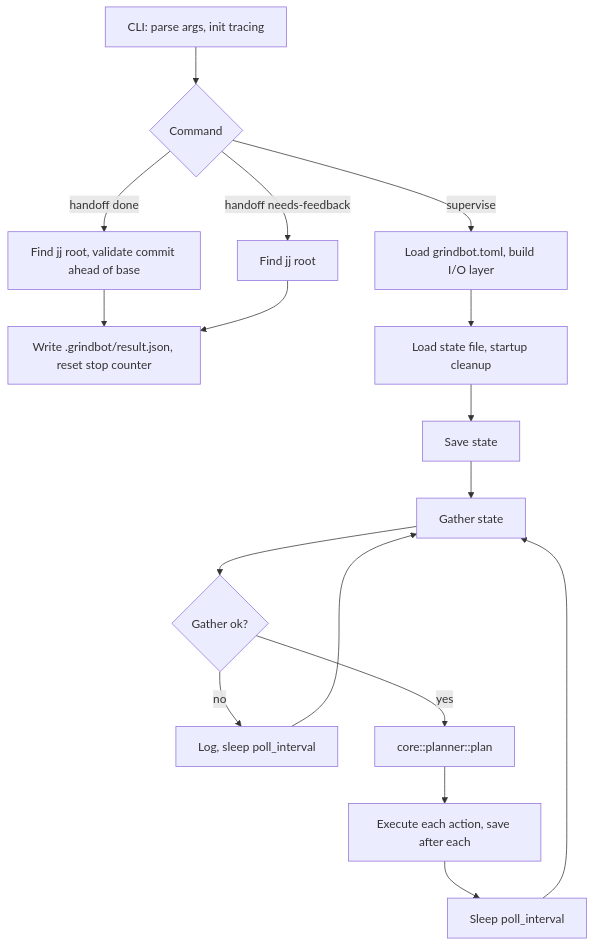
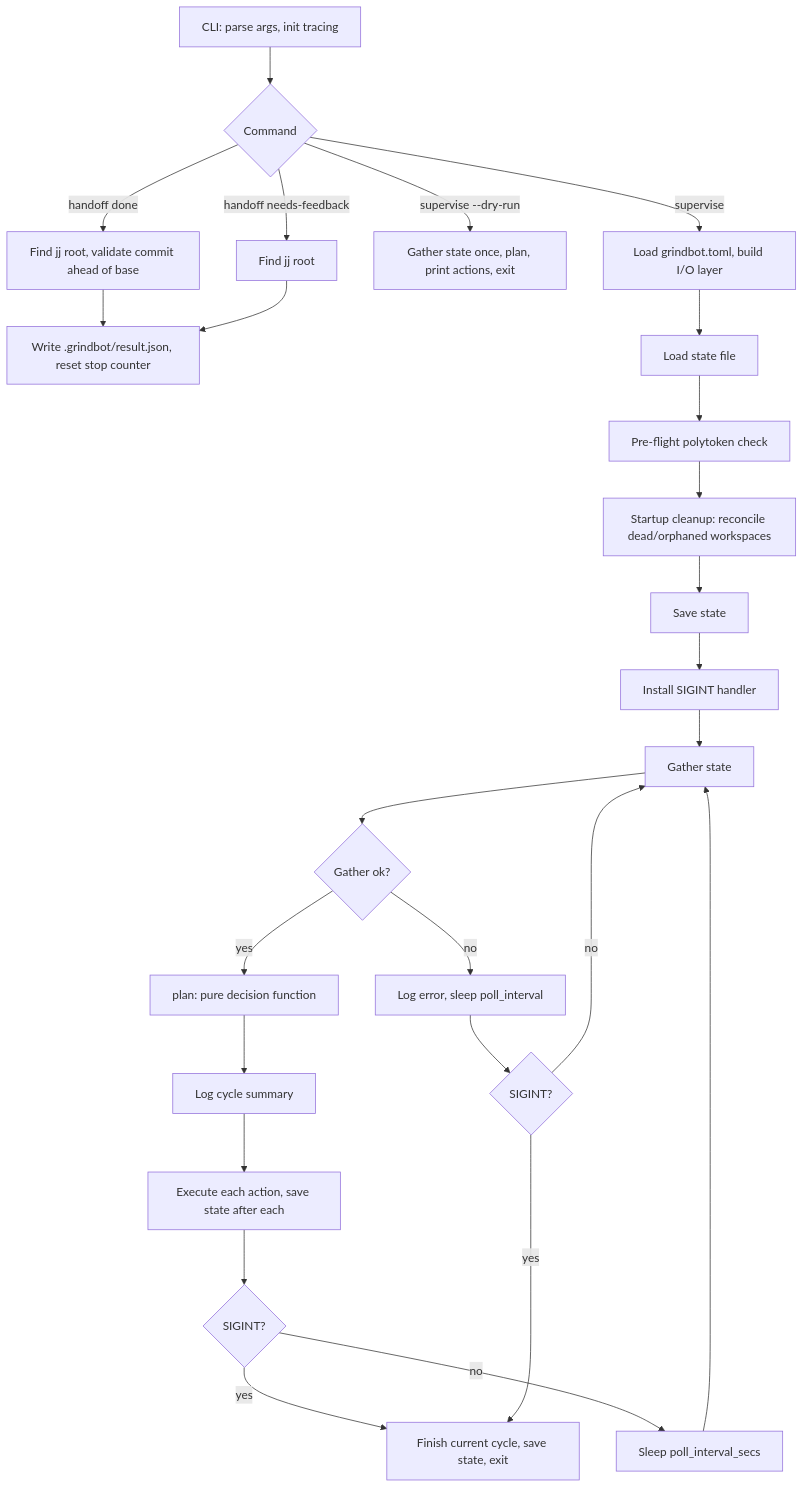
The first of 2 diagrams in CORE_LOOP.md (TimoFreiberg/grindbot), drawn with Mermaid before and after one commit. The commit also changed other lines of this file and 9 other files, not shown here.

````diff
--- a/CORE_LOOP.md
+++ b/CORE_LOOP.md
@@ -7,19 +7,28 @@
 ```mermaid
 flowchart TD
     A[CLI: parse args, init tracing] --> B{Command}
     B -->|handoff done| HD[Find jj root, validate commit ahead of base]
     B -->|handoff needs-feedback| HF[Find jj root]
     HD --> R[Write .grindbot/result.json, reset stop counter]
     HF --> R
+    B -->|supervise --dry-run| DR[Gather state once, plan, print actions, exit]
     B -->|supervise| C[Load grindbot.toml, build I/O layer]
-    C --> D[Load state file, startup cleanup]
-    D --> E[Save state]
-    E --> H[Gather state]
+    C --> D[Load state file]
+    D --> PC[Pre-flight polytoken check]
+    PC --> SC[Startup cleanup: reconcile dead/orphaned workspaces]
+    SC --> SV[Save state]
+    SV --> SIG[Install SIGINT handler]
+    SIG --> H[Gather state]
     H --> I{Gather ok?}
-    I -->|no| W[Log, sleep poll_interval]
-    W --> H
-    I -->|yes| P[core::planner::plan]
-    P --> X[Execute each action, save after each]
-    X --> T[Sleep poll_interval]
-    T --> H
+    I -->|no| W[Log error, sleep poll_interval]
+    W --> SIG2{SIGINT?}
+    SIG2 -->|no| H
+    I -->|yes| P[plan: pure decision function]
+    P --> L[Log cycle summary]
+    L --> X[Execute each action, save state after each]
+    X --> T{SIGINT?}
+    T -->|no| SLEEP[Sleep poll_interval_secs]
+    SLEEP --> H
+    T -->|yes| FIN[Finish current cycle, save state, exit]
+    SIG2 -->|yes| FIN
 ```
````
